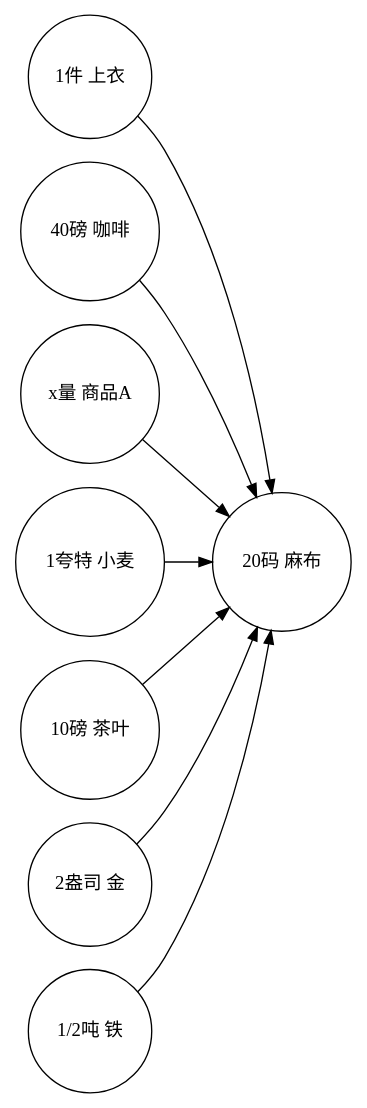
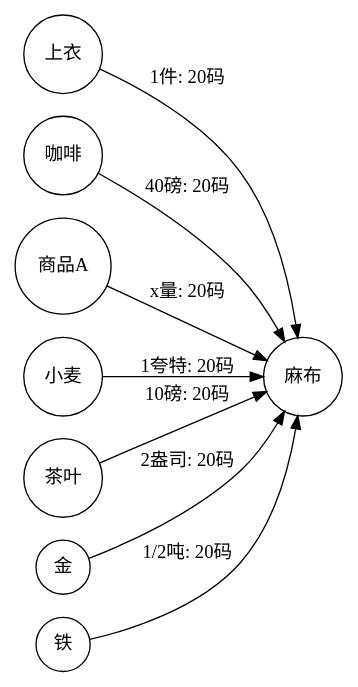
One commit to Wangsutan/Kapital changed the diagram in 资本的生产过程/价值形式理论/价值形式/graphs_generated/general.dot. Above: the diagram before and after it, drawn with Graphviz. The commit also changed 34 other files, not shown here.

Commit message:
检查图的性质

```diff
--- a/资本的生产过程/价值形式理论/价值形式/graphs_generated/general.dot
+++ b/资本的生产过程/价值形式理论/价值形式/graphs_generated/general.dot
@@ -1,11 +1,11 @@
 digraph 价值形式理论 {
     rankdir=LR;
     node [shape=circle];
-    "1件 上衣" -> "20码 麻布";
-    "40磅 咖啡" -> "20码 麻布";
-    "x量 商品A" -> "20码 麻布";
-    "1夸特 小麦" -> "20码 麻布";
-    "10磅 茶叶" -> "20码 麻布";
-    "2盎司 金" -> "20码 麻布";
-    "1/2吨 铁" -> "20码 麻布";
+    "上衣" -> "麻布" [label="1件: 20码"];
+    "咖啡" -> "麻布" [label="40磅: 20码"];
+    "商品A" -> "麻布" [label="x量: 20码"];
+    "小麦" -> "麻布" [label="1夸特: 20码"];
+    "茶叶" -> "麻布" [label="10磅: 20码"];
+    "金" -> "麻布" [label="2盎司: 20码"];
+    "铁" -> "麻布" [label="1/2吨: 20码"];
 }
```
